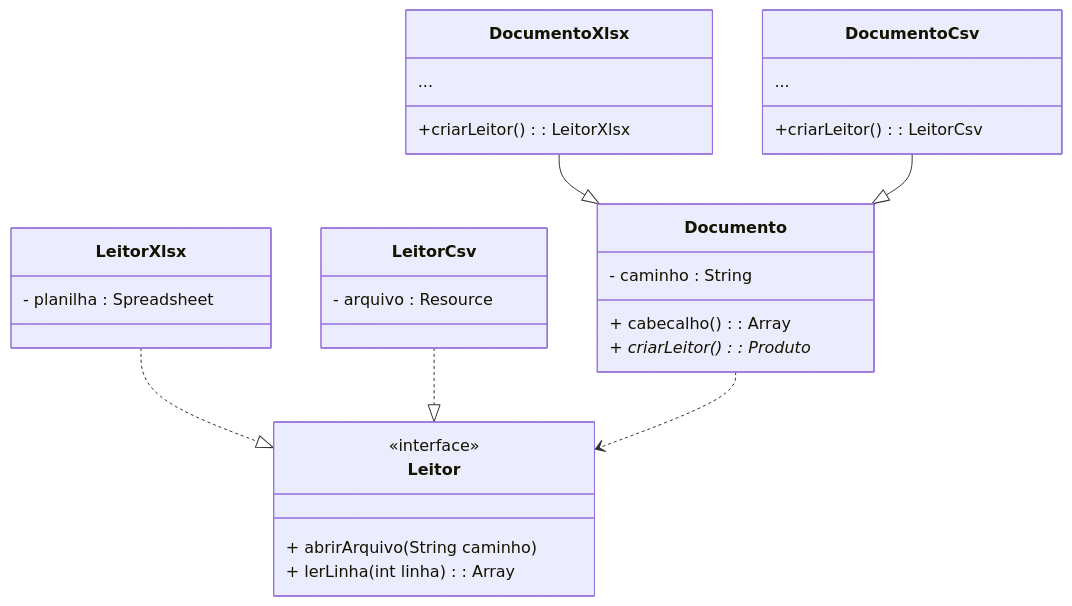
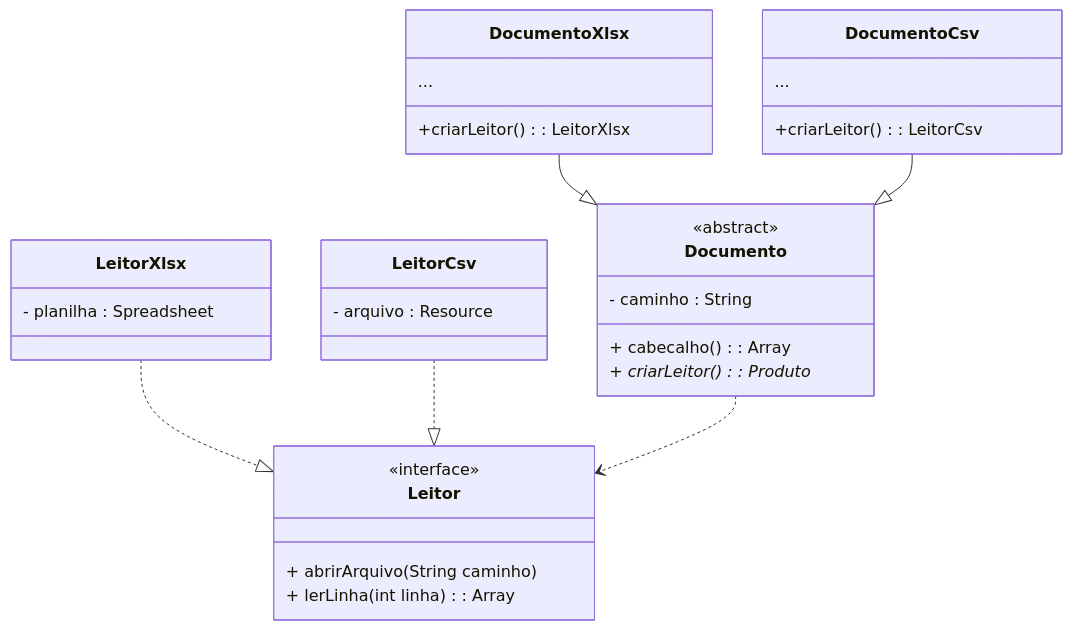
Before and after one commit to polianaraujo/fmethod: the third of 3 diagrams in README.md, drawn with Mermaid.

Commit message:
docs: Documento as abstract class on diagram

````diff
--- a/README.md
+++ b/README.md
@@ -88,40 +88,42 @@
 ```mermaid
 classDiagram
 
     class Documento {
         - caminho : String
         + cabecalho() : Array
         + criarLeitor()* : Produto
     }
+
+    <<abstract>> Documento
 
     class DocumentoXlsx {
         ...
         +criarLeitor() : LeitorXlsx
     }
 
     class DocumentoCsv {
         ...
         +criarLeitor() : LeitorCsv
     }
 
     DocumentoXlsx --|> Documento
     DocumentoCsv --|> Documento
 
     class Leitor {
         + abrirArquivo(String caminho)
         + lerLinha(int linha) : Array
     }
     <<interface>> Leitor
 
     class LeitorXlsx {
         - planilha : Spreadsheet
     }
 
     class LeitorCsv {
         - arquivo : Resource
     }
 
     LeitorXlsx ..|> Leitor
     LeitorCsv ..|> Leitor
     Documento ..> Leitor
 ```
````
